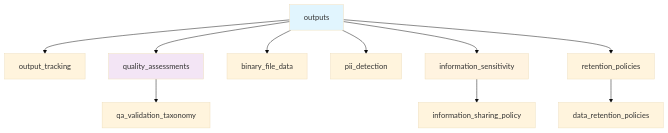
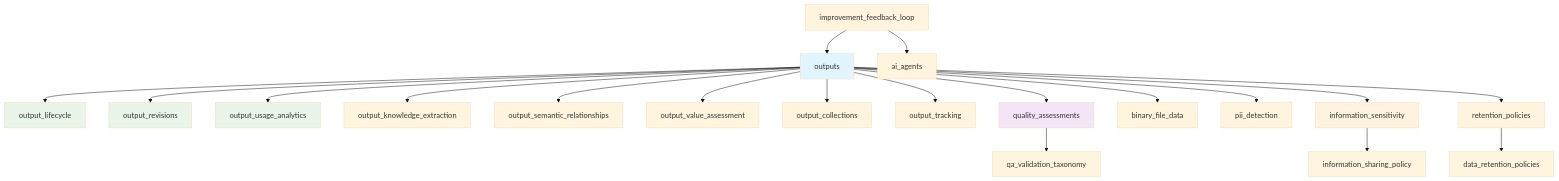
Before and after one commit to danielrosehill/AI-Output-Storage-Backend-Data-Models: the first of 4 diagrams in README.md, drawn with Mermaid (base theme). The commit also changed other lines of this file and 12 other files, not shown here.

````diff
--- a/README.md
+++ b/README.md
@@ -23,18 +23,32 @@
 ```mermaid
 graph TD
-    O[outputs] --> OT[output_tracking]
+    O[outputs] --> OL[output_lifecycle]
+    O --> OR[output_revisions]
+    O --> OUA[output_usage_analytics]
+    O --> OKE[output_knowledge_extraction]
+    O --> OSR[output_semantic_relationships]
+    O --> OVA[output_value_assessment]
+    O --> OC[output_collections]
+    
+    O --> OT[output_tracking]
     O --> QA[quality_assessments]
     O --> BF[binary_file_data]
     O --> PII[pii_detection]
     
     QA --> QAT[qa_validation_taxonomy]
     O --> IS[information_sensitivity]
     IS --> ISP[information_sharing_policy]
     
     O --> RP[retention_policies]
     RP --> DRP[data_retention_policies]
     
+    IFL[improvement_feedback_loop] --> O
+    IFL --> AG[ai_agents]
+    
     style O fill:#e1f5fe
+    style OL fill:#e8f5e8
+    style OR fill:#e8f5e8
+    style OUA fill:#e8f5e8
     style QA fill:#f3e5f5
     style IS fill:#fff3e0
 ```
````
